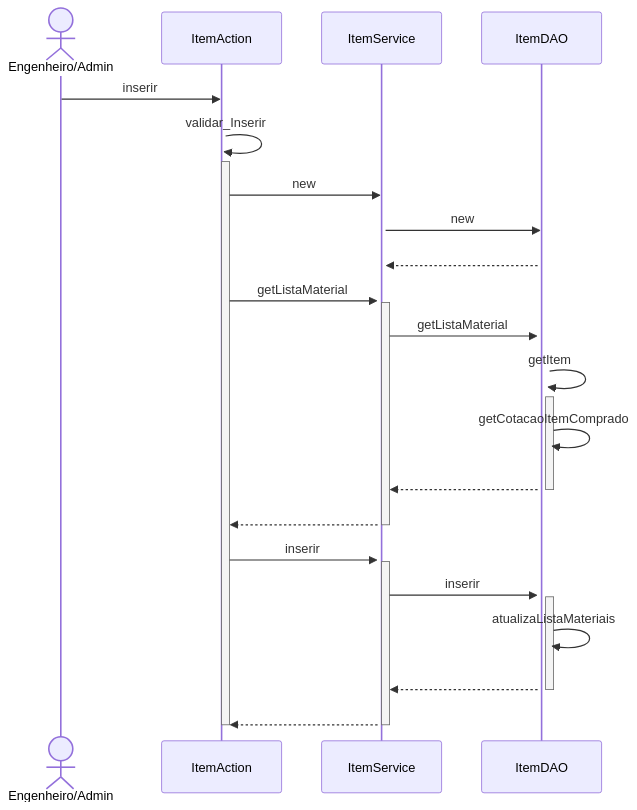
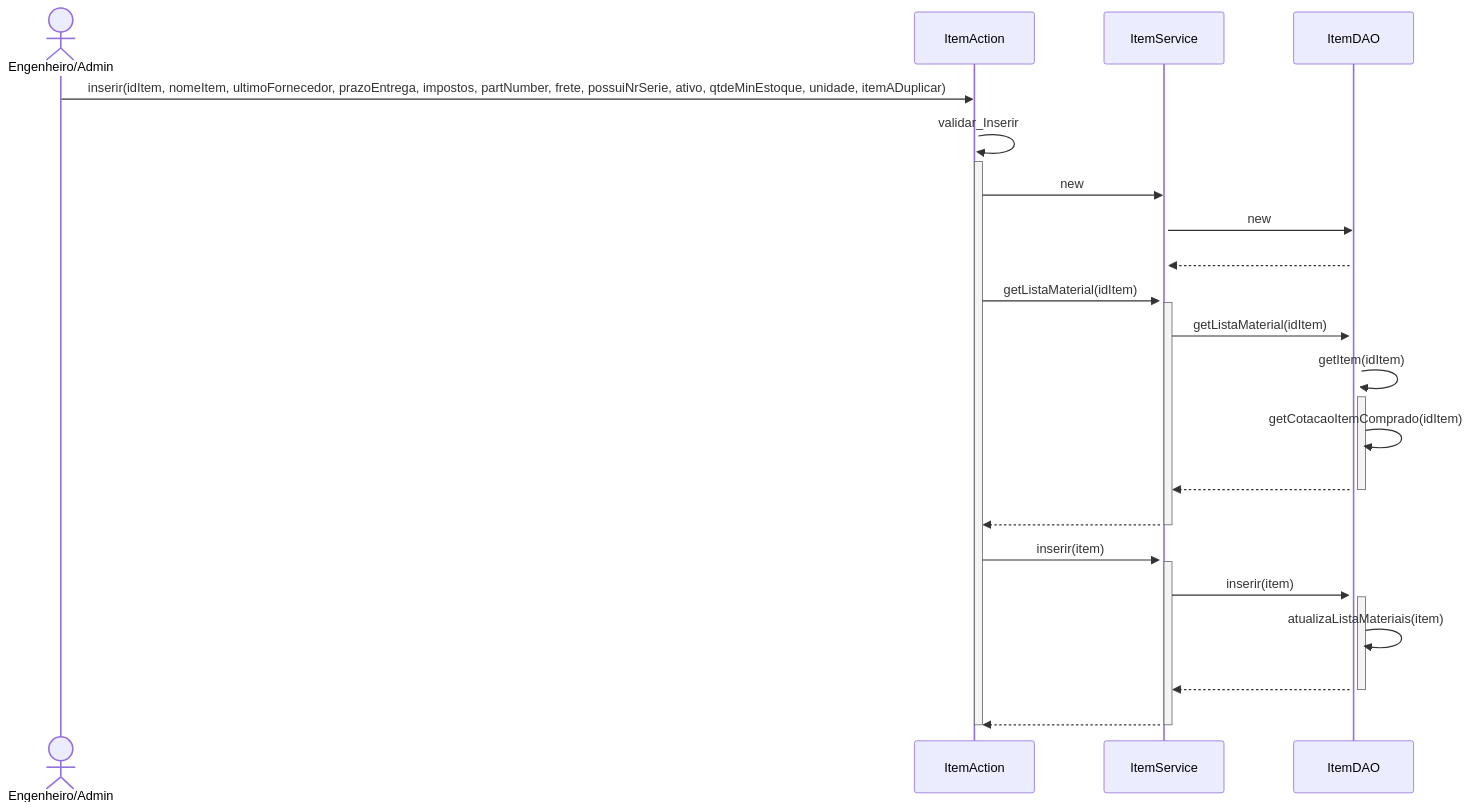
One commit to branqsMRP/SequenceDiagram changed the diagram in DiagramaSequencia/Novo Diagrama Sequencia/Item/Novo Item.mmd. Above: the diagram before and after it, drawn with Mermaid. The commit also changed 1 other file, not shown here.

Commit message:
adicionando parametros em editar e novo item

```diff
--- a/DiagramaSequencia/Novo Diagrama Sequencia/Item/Novo Item.mmd
+++ b/DiagramaSequencia/Novo Diagrama Sequencia/Item/Novo Item.mmd
@@ -1,32 +1,32 @@
 sequenceDiagram
 actor EA as Engenheiro/Admin
-EA ->> ItemAction : inserir
+EA ->> ItemAction : inserir(idItem, nomeItem, ultimoFornecedor, prazoEntrega, impostos, partNumber, frete, possuiNrSerie, ativo, qtdeMinEstoque, unidade, itemADuplicar)
 activate ItemAction
 ItemAction ->> ItemAction : validar_Inserir
 activate ItemAction
 ItemAction ->> ItemService : new
 activate ItemService
 ItemService ->> ItemDAO : new
 activate ItemDAO
 ItemDAO -->> ItemService : #32; 
-ItemAction ->> ItemService : getListaMaterial
+ItemAction ->> ItemService : getListaMaterial(idItem)
 activate ItemService
-ItemService ->> ItemDAO : getListaMaterial
+ItemService ->> ItemDAO : getListaMaterial(idItem)
 activate ItemDAO
-ItemDAO ->> ItemDAO : getItem
+ItemDAO ->> ItemDAO : getItem(idItem)
 activate ItemDAO
-ItemDAO ->> ItemDAO : getCotacaoItemComprado
+ItemDAO ->> ItemDAO : getCotacaoItemComprado(idItem)
 ItemDAO -->> ItemService : #32; 
 deactivate ItemDAO
 ItemService -->> ItemAction : #32; 
 deactivate ItemService
-ItemAction ->> ItemService : inserir
+ItemAction ->> ItemService : inserir(item)
 activate ItemService
-ItemService ->> ItemDAO : inserir
+ItemService ->> ItemDAO : inserir(item)
 activate ItemDAO
-ItemDAO ->> ItemDAO : atualizaListaMateriais
+ItemDAO ->> ItemDAO : atualizaListaMateriais(item)
 ItemDAO -->> ItemService : #32; 
 deactivate ItemDAO
 ItemService -->> ItemAction : #32; 
 deactivate ItemService
 deactivate ItemAction
```
